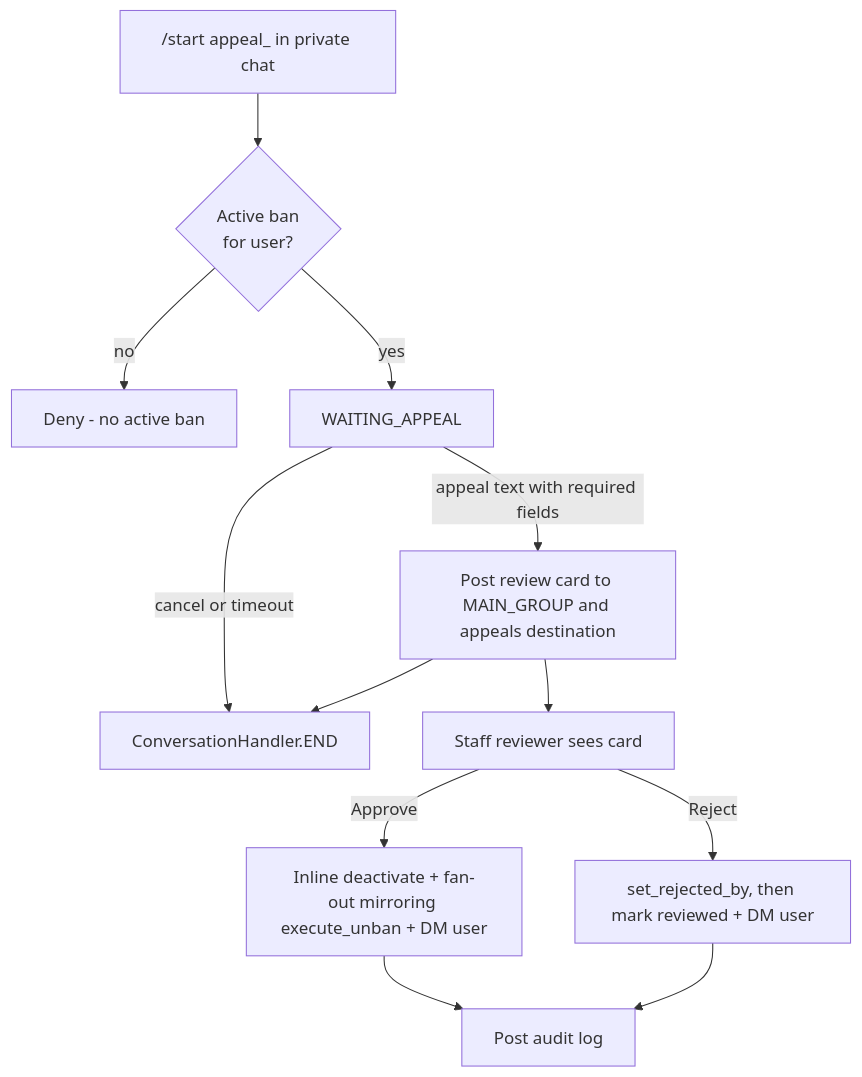
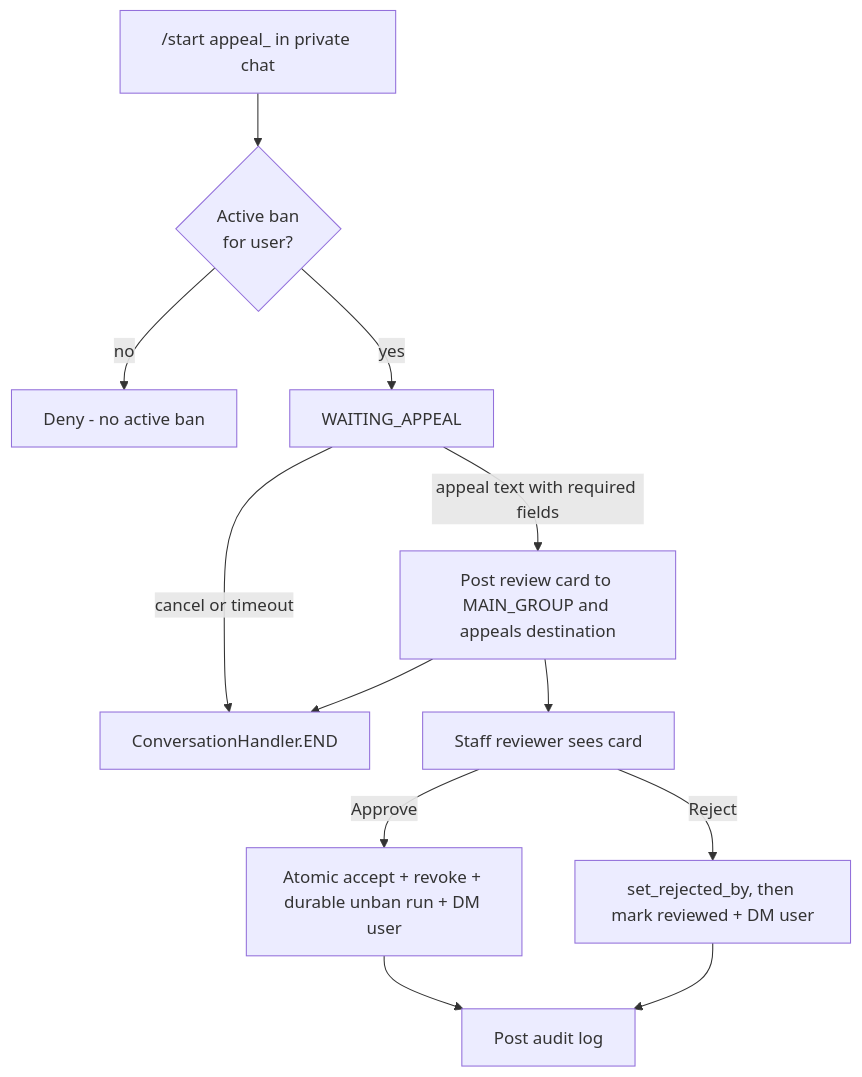
Before and after one commit to D1ZZY4/tcbot: the fourth of 4 diagrams in docs/architecture/workflows.md, drawn with Mermaid. The commit also changed other lines of this file and 16 other files, not shown here.

````diff
--- a/docs/architecture/workflows.md
+++ b/docs/architecture/workflows.md
@@ -217,14 +218,14 @@
 ```mermaid
 flowchart TD
     Start["/start appeal_<ban_id> in private chat"] --> Check{Active ban\nfor user?}
     Check -->|no| Deny[Deny - no active ban]
     Check -->|yes| Wait[WAITING_APPEAL]
     Wait -->|appeal text with required fields| Post[Post review card to MAIN_GROUP and appeals destination]
     Wait -->|cancel or timeout| End[ConversationHandler.END]
     Post --> End
     Post --> Review[Staff reviewer sees card]
-    Review -->|Approve| Unban[Inline deactivate + fan-out mirroring execute_unban + DM user]
+    Review -->|Approve| Unban[Atomic accept + revoke + durable unban run + DM user]
     Review -->|Reject| Reject[set_rejected_by, then mark reviewed + DM user]
     Unban --> LogChat[Post audit log]
     Reject --> LogChat
 ```
````
